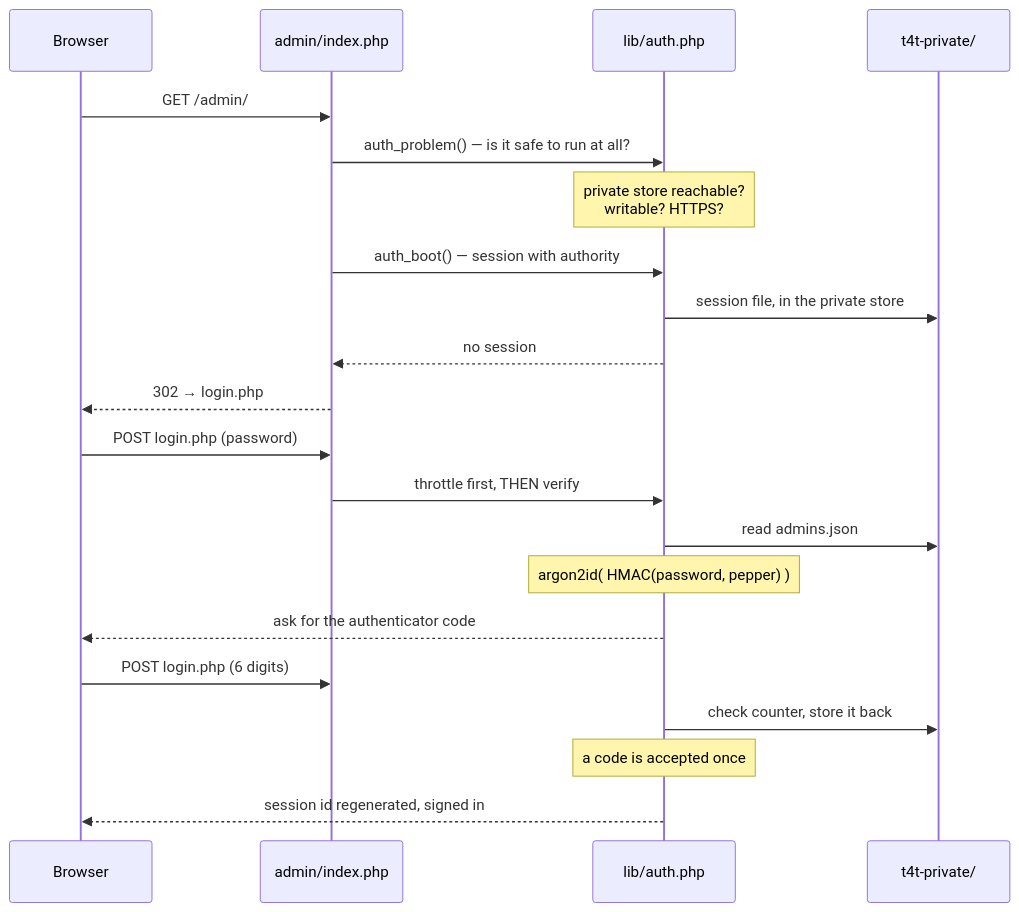
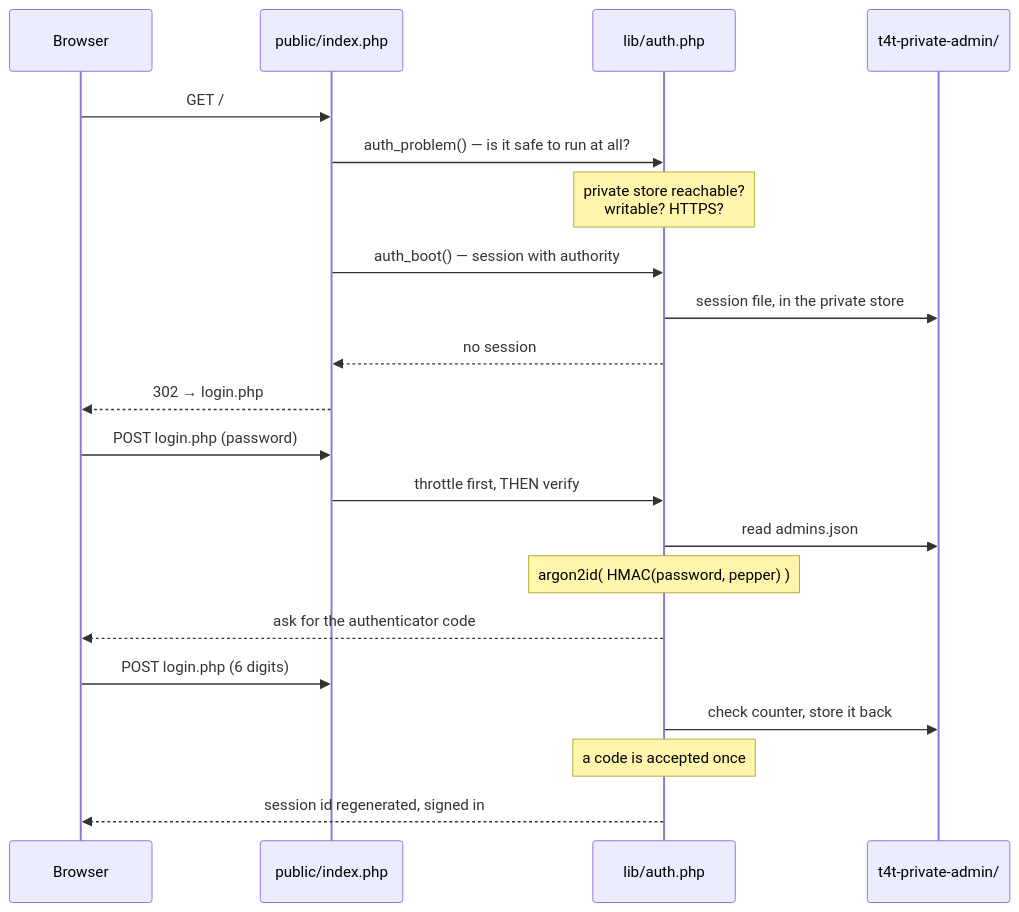
Before and after one commit to M-s-Tech4TIME/tech4time-backend: the second of 4 diagrams in docs/00-orientation/architecture.md, drawn with Mermaid. The commit also changed other lines of this file and 444 other files, not shown here.

````diff
--- a/docs/00-orientation/architecture.md
+++ b/docs/00-orientation/architecture.md
@@ -73,25 +98,25 @@
 ```mermaid
 sequenceDiagram
     participant B as Browser
-    participant A as admin/index.php
+    participant A as public/index.php
     participant Au as lib/auth.php
-    participant P as t4t-private/
+    participant P as t4t-private-admin/
 
-    B->>A: GET /admin/
+    B->>A: GET /
     A->>Au: auth_problem() — is it safe to run at all?
     Note over Au: private store reachable?<br/>writable? HTTPS?
     A->>Au: auth_boot() — session with authority
     Au->>P: session file, in the private store
     Au-->>A: no session
     A-->>B: 302 → login.php
 
     B->>A: POST login.php  (password)
     A->>Au: throttle first, THEN verify
     Au->>P: read admins.json
     Note over Au: argon2id( HMAC(password, pepper) )
     Au-->>B: ask for the authenticator code
     B->>A: POST login.php  (6 digits)
     Au->>P: check counter, store it back
     Note over Au: a code is accepted once
     Au-->>B: session id regenerated, signed in
 ```
````
